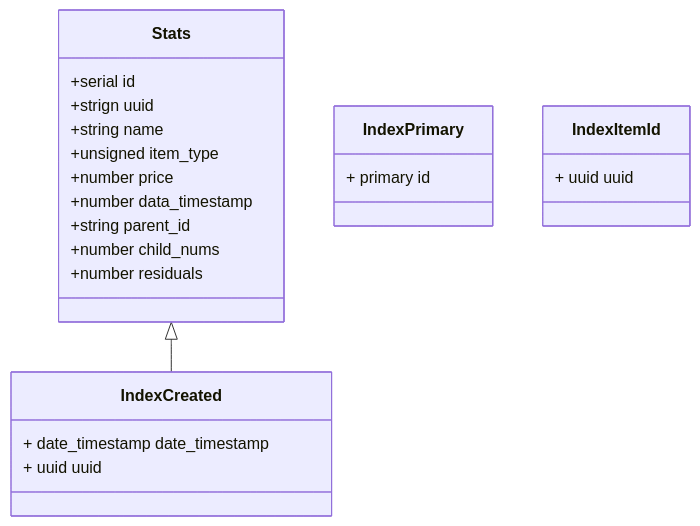
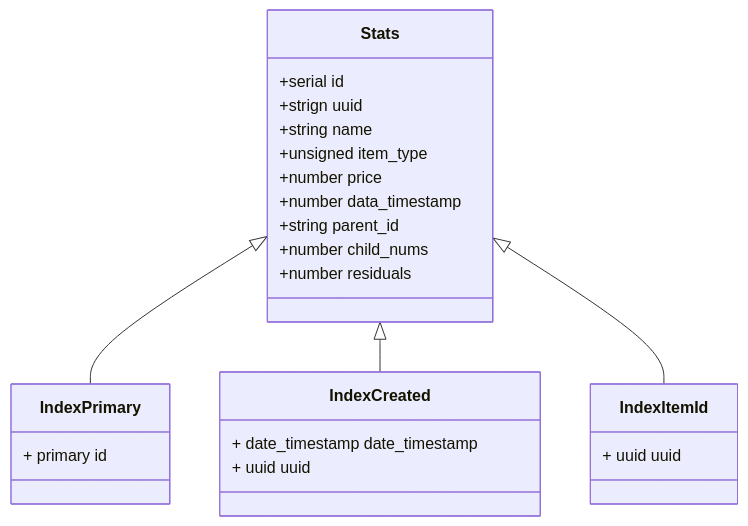
Before and after one commit to MBHuman/YandeBackendTask: the second of 2 diagrams in database/README.md, drawn with Mermaid.

Commit message:
mermaid fix

````diff
--- a/database/README.md
+++ b/database/README.md
@@ -48,28 +48,30 @@
 ```mermaid
 classDiagram
     class Stats
+    Stats <|-- IndexPrimary
     Stats <|-- IndexCreated
+    Stats <|-- IndexItemId
 
     Stats : +serial id
     Stats : +strign uuid
     Stats : +string name
     Stats : +unsigned item_type
     Stats : +number price
     Stats : +number data_timestamp
     Stats : +string parent_id
     Stats : +number child_nums
     Stats : +number residuals
     
     class IndexPrimary {
         + primary id
     }
 
     class IndexCreated{
         + date_timestamp date_timestamp
         + uuid uuid
     }
 
     class IndexItemId{
         + uuid uuid
     }
 ```
````
